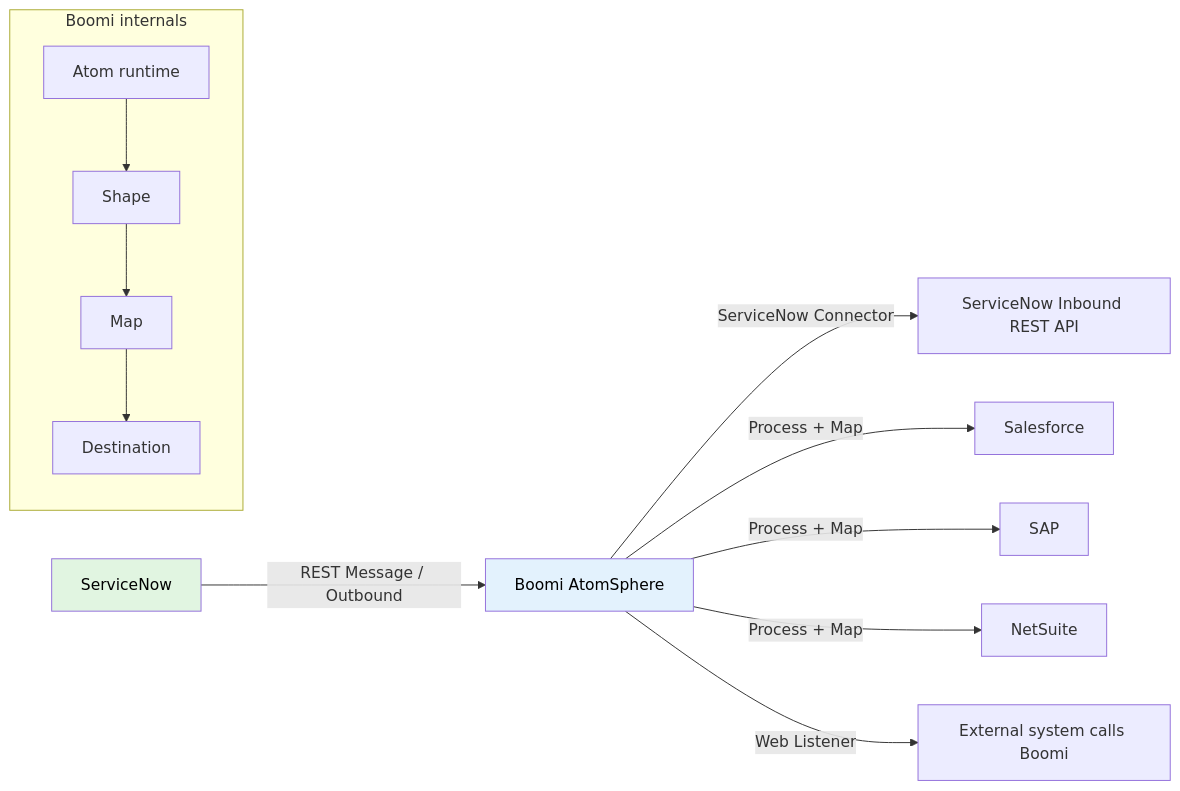
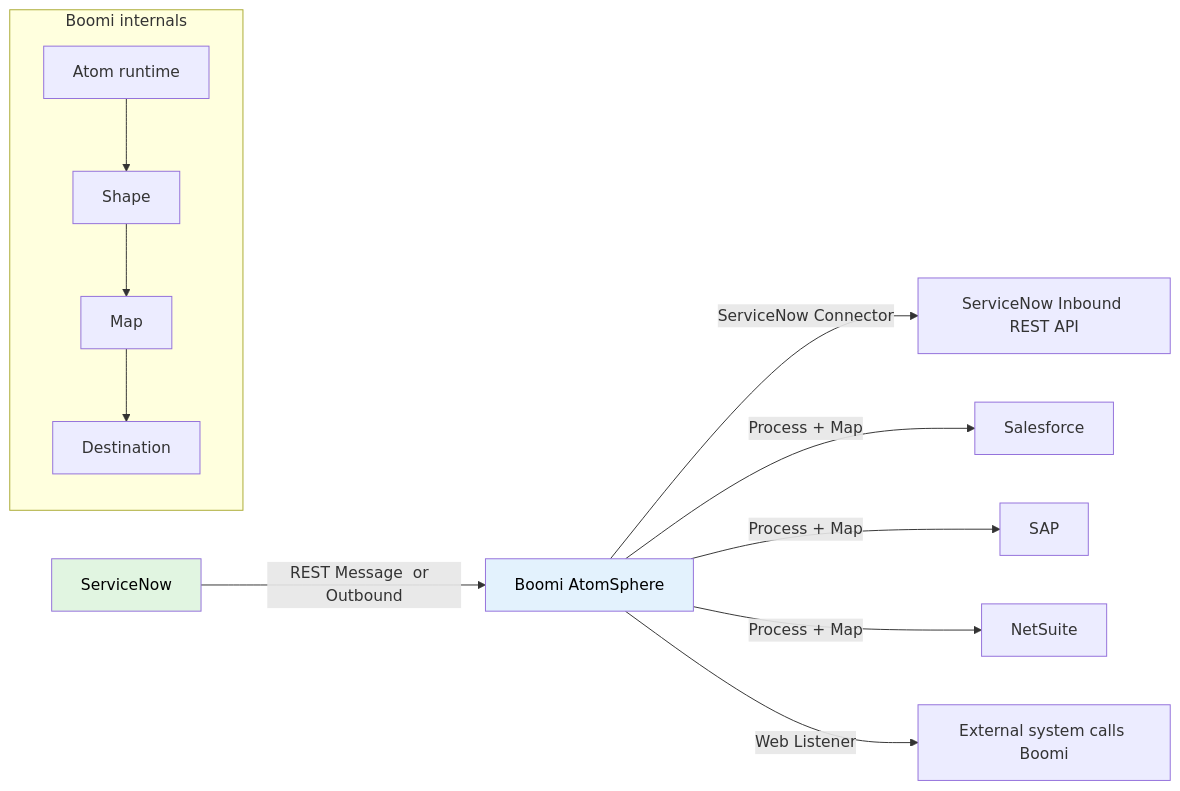
The first of 6 diagrams in docs/modules/other/other-guide.md (eltonaguiar/ServiceNow_Learning_TSOM-_CSM_FSM_SalesCRM_HAM_ITSM), drawn with Mermaid before and after one commit. The commit also changed other lines of this file and 19 other files, not shown here.

First line of the commit message:
Fix Mermaid diagram syntax errors - replace problematic chars in text content only

````diff
--- a/docs/modules/other/other-guide.md
+++ b/docs/modules/other/other-guide.md
@@ -1312,16 +1312,16 @@
 ```mermaid
 graph LR
-    SN[ServiceNow] -->|REST Message / Outbound| Boomi[Boomi AtomSphere]
+    SN[ServiceNow] -->|REST Message  or  Outbound| Boomi[Boomi AtomSphere]
     Boomi -->|ServiceNow Connector| SN2[ServiceNow Inbound REST API]
     Boomi -->|Process + Map| Salesforce[Salesforce]
     Boomi -->|Process + Map| SAP[SAP]
     Boomi -->|Process + Map| NetSuite[NetSuite]
     Boomi -->|Web Listener| Ext[External system calls Boomi]
 
     subgraph Boomi internals
         Atom[Atom runtime] --> Shape[Shape] --> Map[Map] --> Dest[Destination]
     end
 
     style Boomi fill:#e3f2fd,color:#000
     style SN fill:#e1f5e1,color:#000
 ```
````
